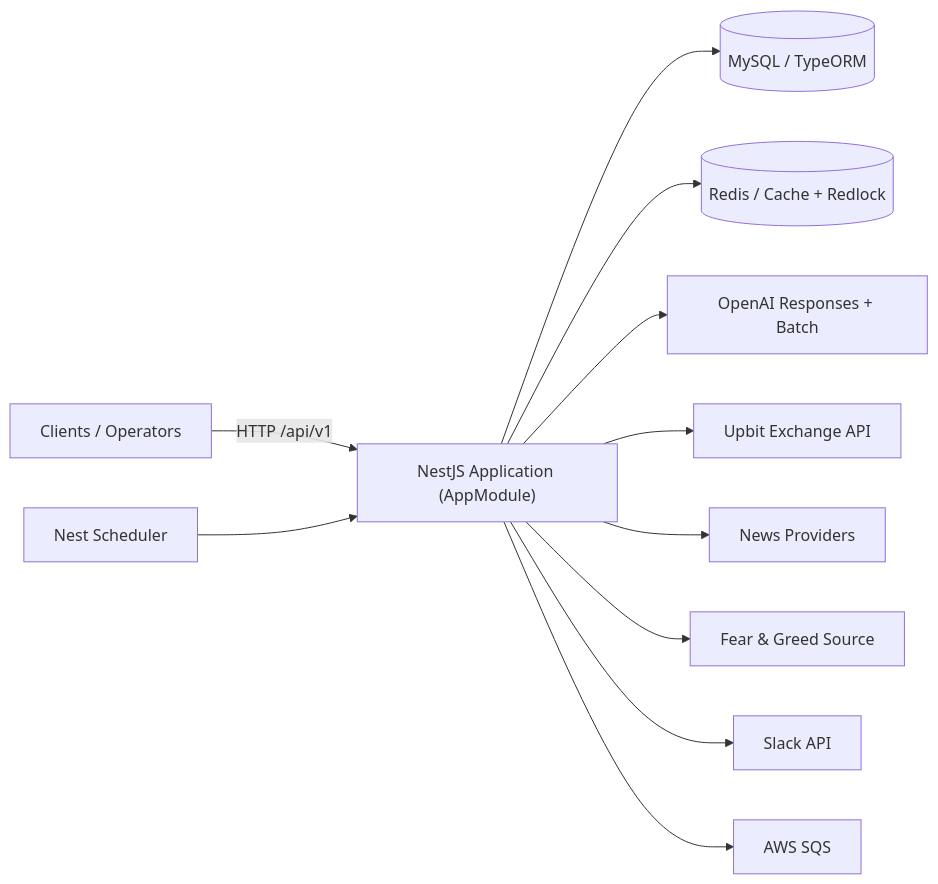
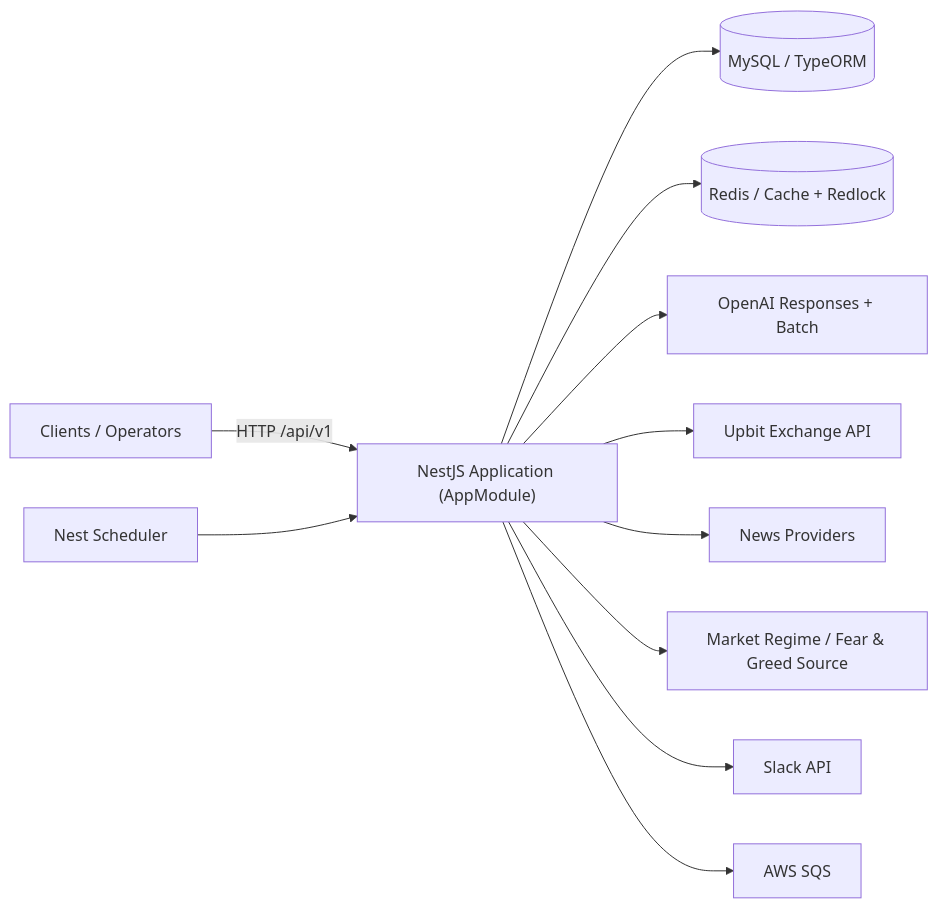
Before and after one commit to eunsoogi/kkalla: the first of 12 diagrams in api/docs/architecture/system-structure.md, drawn with Mermaid. The commit also changed other lines of this file and 110 other files, not shown here.

First line of the commit message:
fix(api): stabilize shared allocation and market-risk trade orchestration (#802)

````diff
--- a/api/docs/architecture/system-structure.md
+++ b/api/docs/architecture/system-structure.md
@@ -7,14 +7,14 @@
 ```mermaid
 flowchart LR
   CLIENTS["Clients / Operators"] -->|"HTTP /api/v1"| API["NestJS Application (AppModule)"]
   CRON["Nest Scheduler"] --> API
 
   API --> DB[("MySQL / TypeORM")]
   API --> REDIS[("Redis / Cache + Redlock")]
   API --> OPENAI["OpenAI Responses + Batch"]
   API --> UPBIT["Upbit Exchange API"]
   API --> NEWSAPI["News Providers"]
-  API --> FGAPI["Fear & Greed Source"]
+  API --> FGAPI["Market Regime / Fear & Greed Source"]
   API --> SLACK["Slack API"]
   API --> SQS["AWS SQS"]
 ```
````
